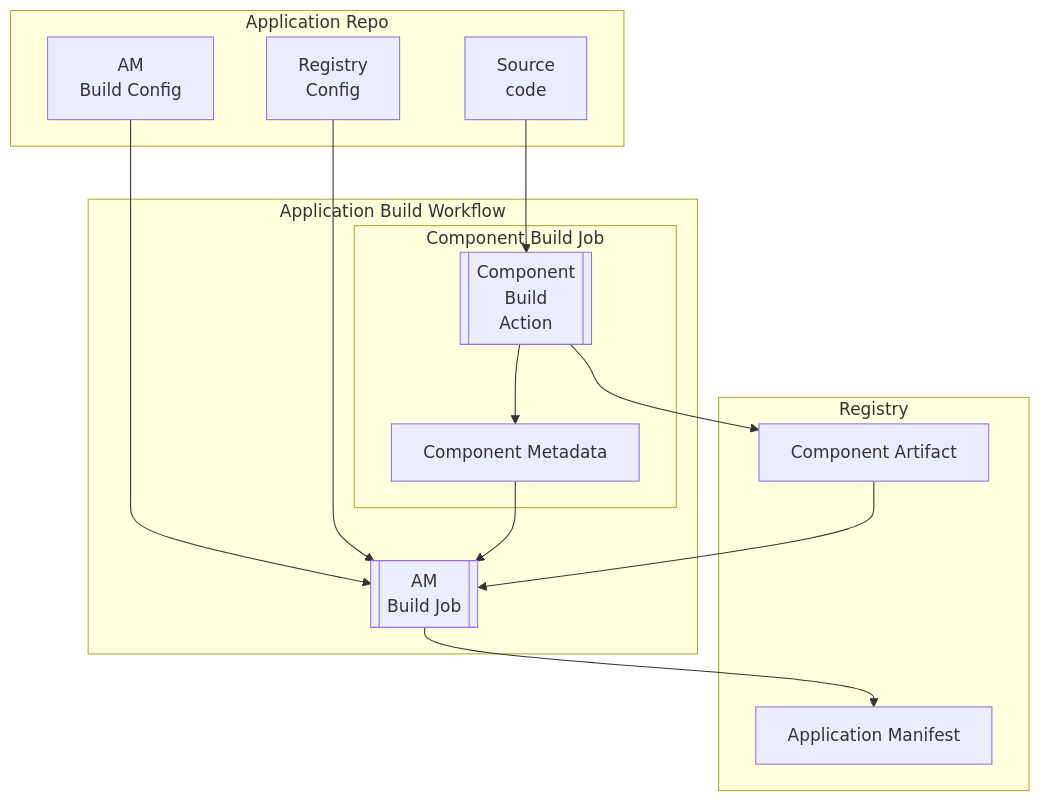
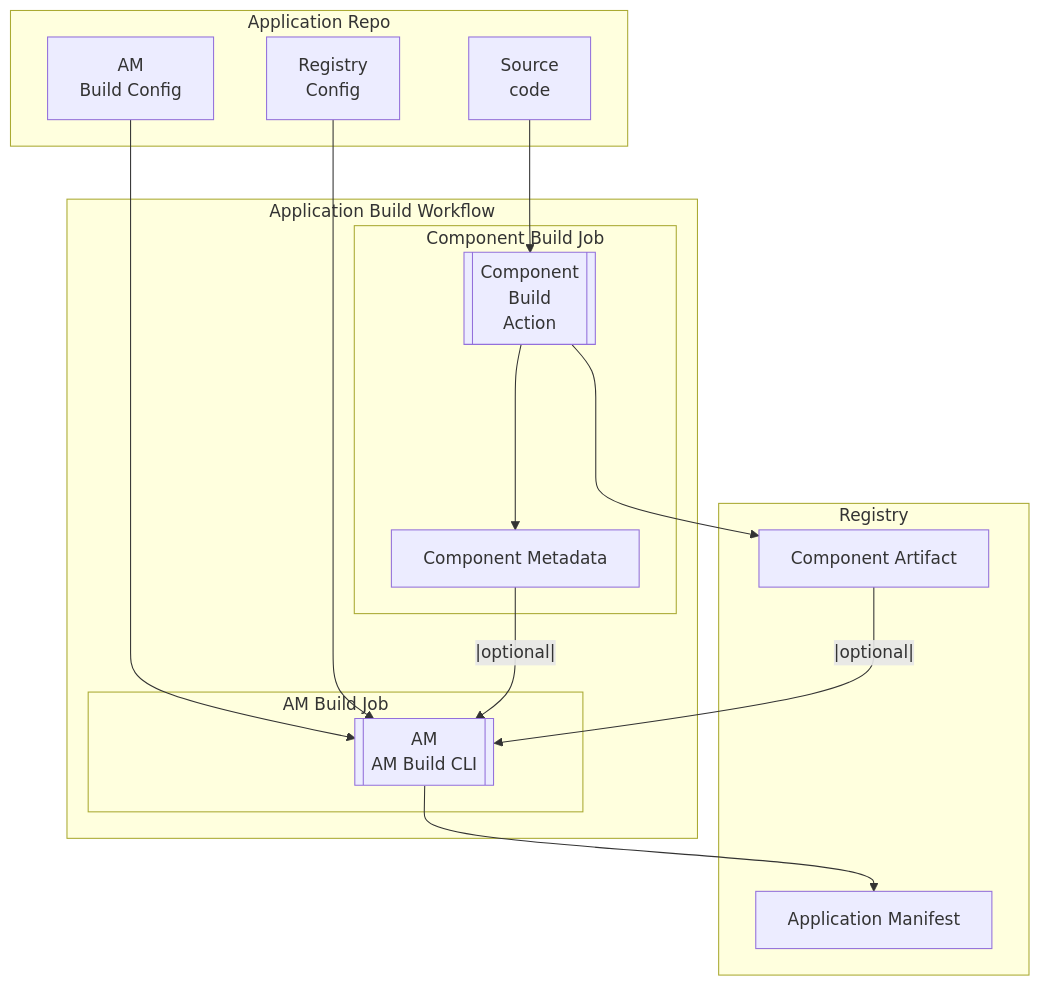
Before and after one commit to sivareddyit/qubership-envgene: the diagram in docs/analysis/application-manifest-build-cli.md, drawn with Mermaid. The commit also changed other lines of this file and 3 other files, not shown here.

````diff
--- a/docs/analysis/application-manifest-build-cli.md
+++ b/docs/analysis/application-manifest-build-cli.md
@@ -47,28 +48,29 @@
 ```mermaid
 flowchart TD
     subgraph Application Repo
       A[AM<br>Build Config]
       B[Registry<br>Config]
       C[Source<br>code]
     end
     subgraph Registry
       F[Application Manifest]
       H[Component Artifact]
     end
     subgraph Application Build Workflow
       subgraph Component Build Job
         D1[[Component<br>Build<br>Action]]
-        %% D2[[Component<br>Metadata Transformer<br>Action]]
         D3[Component Metadata]
-        D1 --> D3
+        D1 ----> D3
       end
-      E[[AM<br>Build Job]]
+      subgraph AM Build Job
+        E[[AM<br>AM Build CLI]]
+      end
     end
     A --> E
     B --> E
-    D3 --> E
+    D3 --|optional|--> E
     D1 --> H 
-    H --> E
+    H --|optional|--> E
     C --> D1
     E --> F
 ```
````
